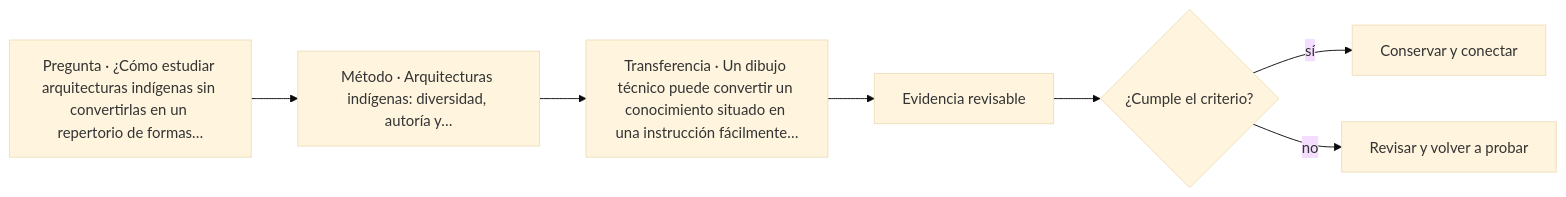
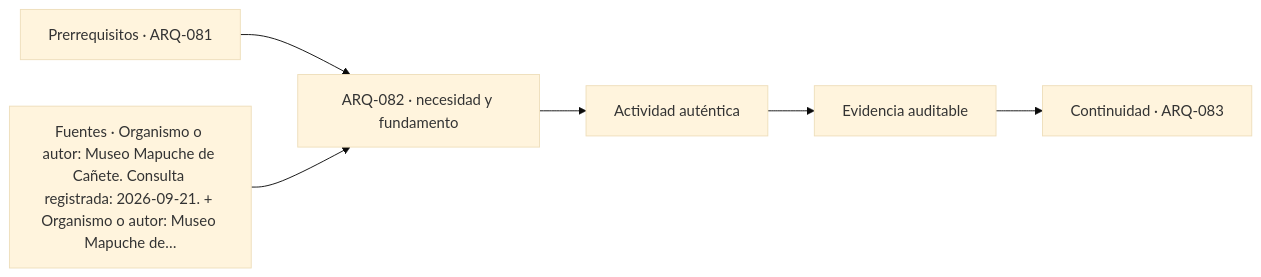
Before and after one commit to vladimiracunadev-create/architecture-built-environment-learning-program: the diagram in classes/parte-09/ARQ-082.md, drawn with Mermaid (base theme). The commit also changed other lines of this file and 761 other files, not shown here.

````diff
--- a/classes/parte-09/ARQ-082.md
+++ b/classes/parte-09/ARQ-082.md
@@ -137,9 +149,8 @@
 ```mermaid
 flowchart LR
-    Q["Pregunta · ¿Cómo estudiar arquitecturas indígenas sin convertirlas en un repertorio de formas…"] --> M["Método · Arquitecturas indígenas: diversidad, autoría y…"]
-    M --> P["Transferencia · Un dibujo técnico puede convertir un conocimiento situado en una instrucción fácilmente…"]
-    P --> E["Evidencia revisable"]
-    E --> C{"¿Cumple el criterio?"}
-    C -->|sí| T["Conservar y conectar"]
-    C -->|no| R["Revisar y volver a probar"]
+    A["Prerrequisitos · ARQ-081"] --> B["ARQ-082 · necesidad y fundamento"]
+    S["Fuentes · Organismo o autor: Museo Mapuche de Cañete. Consulta registrada: 2026-09-21. + Organismo o autor: Museo Mapuche de…"] --> B
+    B --> C["Actividad auténtica"]
+    C --> D["Evidencia auditable"]
+    D --> E["Continuidad · ARQ-083"]
 ```
````
